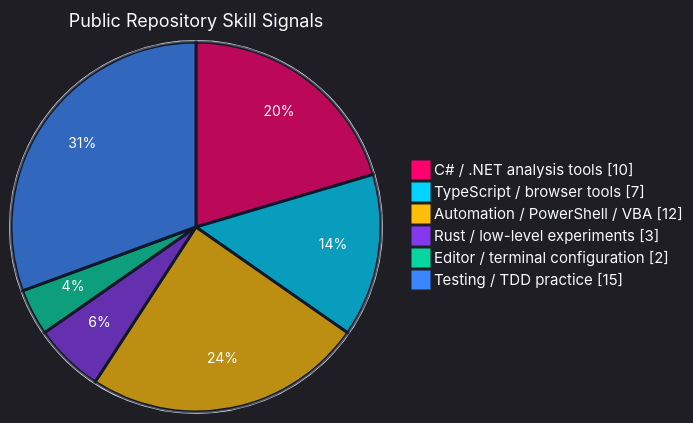
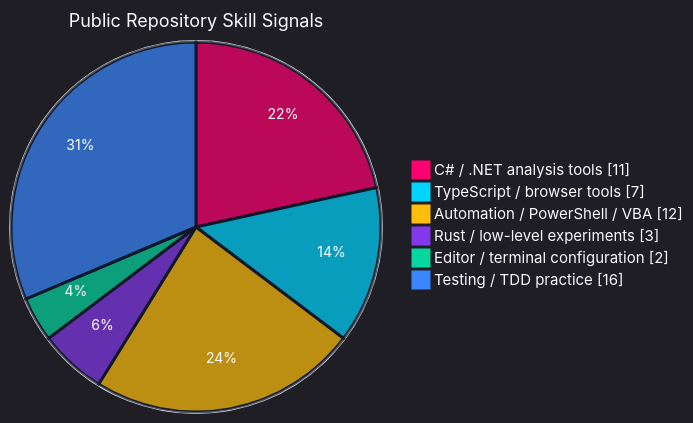
One commit to SSsan-00/SSsan-00 changed the first of 4 diagrams in README.md. Above: the diagram before and after it, drawn with Mermaid. The commit also changed other lines of this file and 2 other files, not shown here.

````diff
--- a/README.md
+++ b/README.md
@@ -44,11 +44,11 @@
 ```mermaid
 %%{init: {"theme":"dark","themeVariables":{"background":"#0f172a","mainBkg":"#0f172a","textColor":"#f8fafc","primaryTextColor":"#f8fafc","pieStrokeColor":"#0f172a","pieStrokeWidth":"3px","pieOuterStrokeColor":"#f8fafc","pieOuterStrokeWidth":"2px","pieTitleTextColor":"#f8fafc","pieTitleTextSize":"18px","pieLegendTextColor":"#f8fafc","pieLegendTextSize":"15px","pieSectionTextColor":"#ffffff","pieSectionTextSize":"14px","pie1":"#ff006e","pie2":"#00d4ff","pie3":"#ffbe0b","pie4":"#8338ec","pie5":"#06d6a0","pie6":"#3a86ff"}}}%%
 pie showData
   title Public Repository Skill Signals
-  "C# / .NET analysis tools" : 10
+  "C# / .NET analysis tools" : 11
   "TypeScript / browser tools" : 7
   "Automation / PowerShell / VBA" : 12
   "Rust / low-level experiments" : 3
   "Editor / terminal configuration" : 2
-  "Testing / TDD practice" : 15
+  "Testing / TDD practice" : 16
 ```
````
